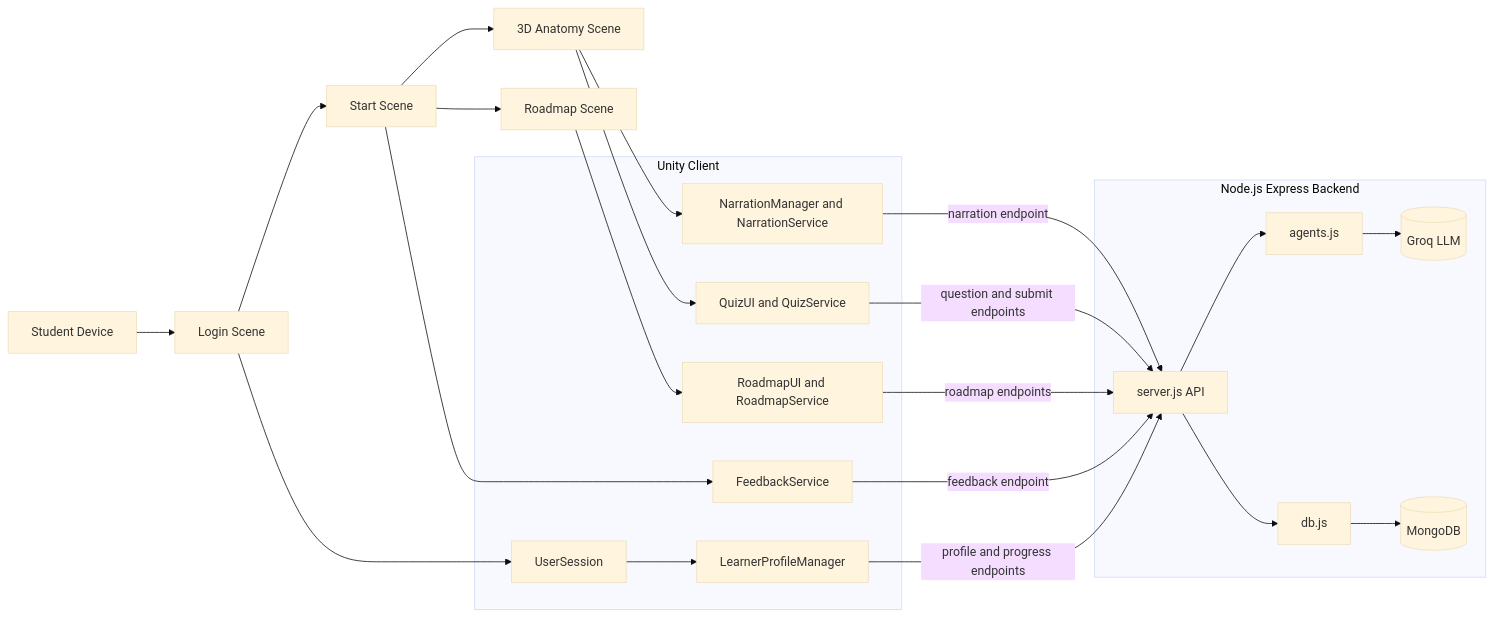
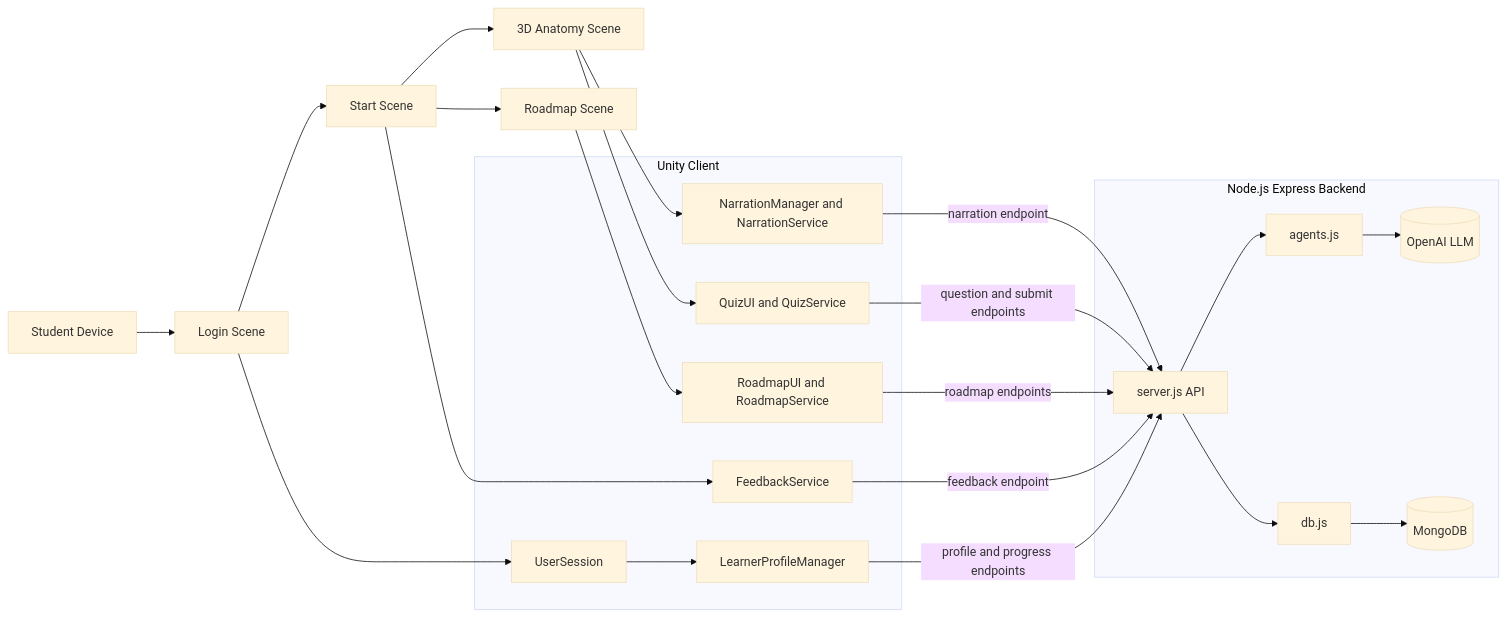
Before and after one commit to rudy-rawat/NeuroAR: the diagram in README.md, drawn with Mermaid (base theme). The commit also changed other lines of this file, not shown here.

```diff
--- a/README.md
+++ b/README.md
@@ -101,42 +101,42 @@
 ~~~mermaid
 flowchart LR
     U[Student Device] --> L[Login Scene]
     L --> S[Start Scene]
     S --> M[3D Anatomy Scene]
     S --> R[Roadmap Scene]
 
     subgraph UNITY[Unity Client]
       US[UserSession]
       PM[LearnerProfileManager]
       NM[NarrationManager and NarrationService]
       QZ[QuizUI and QuizService]
       RM[RoadmapUI and RoadmapService]
       FB[FeedbackService]
     end
 
     subgraph API[Node.js Express Backend]
       SRV[server.js API]
       AG[agents.js]
       DB[db.js]
       MDB[(MongoDB)]
-      LLM[(Groq LLM)]
+      LLM[(OpenAI LLM)]
     end
 
     L --> US
     US --> PM
     M --> NM
     M --> QZ
     R --> RM
     S --> FB
 
     PM -->|profile and progress endpoints| SRV
     NM -->|narration endpoint| SRV
     QZ -->|question and submit endpoints| SRV
     RM -->|roadmap endpoints| SRV
     FB -->|feedback endpoint| SRV
 
     SRV --> AG
     SRV --> DB
     AG --> LLM
     DB --> MDB
 ~~~
```
